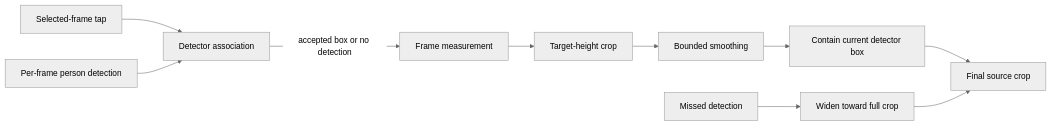
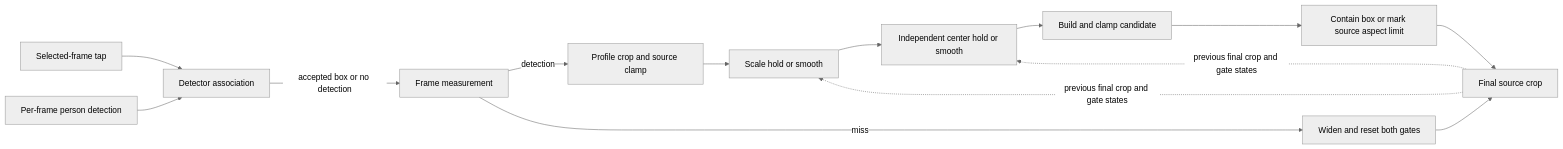
One commit to o0O96O0o/boulder-frame changed the diagram in docs/specs/worker/measurements-and-planner.md. Above: the diagram before and after it, drawn with Mermaid (neutral theme). The commit also changed other lines of this file and 24 other files, not shown here.

````diff
--- a/docs/specs/worker/measurements-and-planner.md
+++ b/docs/specs/worker/measurements-and-planner.md
@@ -47,12 +96,16 @@
 ```mermaid
 flowchart LR
   S[Selected-frame tap] --> A[Detector association]
   D[Per-frame person detection] --> A
   A -->|accepted box or no detection| F[Frame measurement]
-  F --> P[Target-height crop]
-  P --> M[Bounded smoothing]
-  M --> C[Contain current detector box]
+  F -->|detection| P[Profile crop and source clamp]
+  P --> S1[Scale hold or smooth]
+  S1 --> S2[Independent center hold or smooth]
+  S2 --> B[Build and clamp candidate]
+  B --> C[Contain box or mark source aspect limit]
   C --> R[Final source crop]
-  X[Missed detection] --> W[Widen toward full crop]
+  F -->|miss| W[Widen and reset both gates]
   W --> R
+  R -.->|previous final crop and gate states| S1
+  R -.->|previous final crop and gate states| S2
 ```
````
